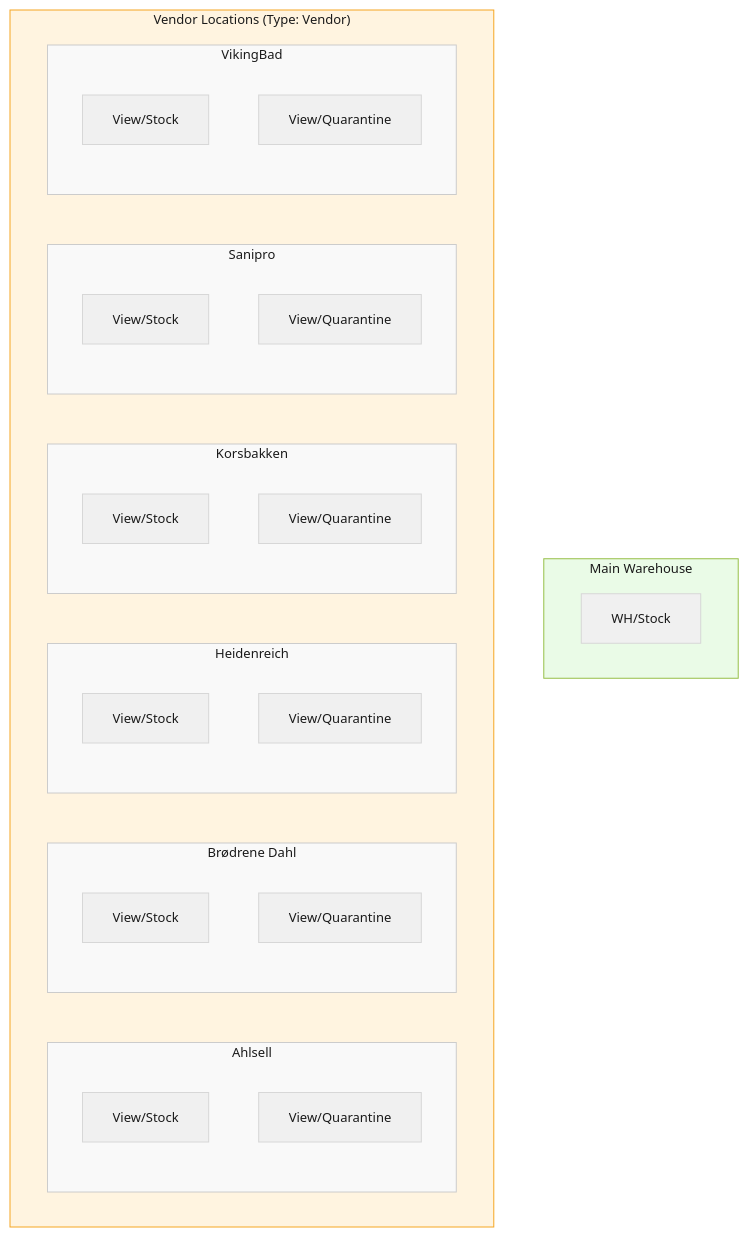
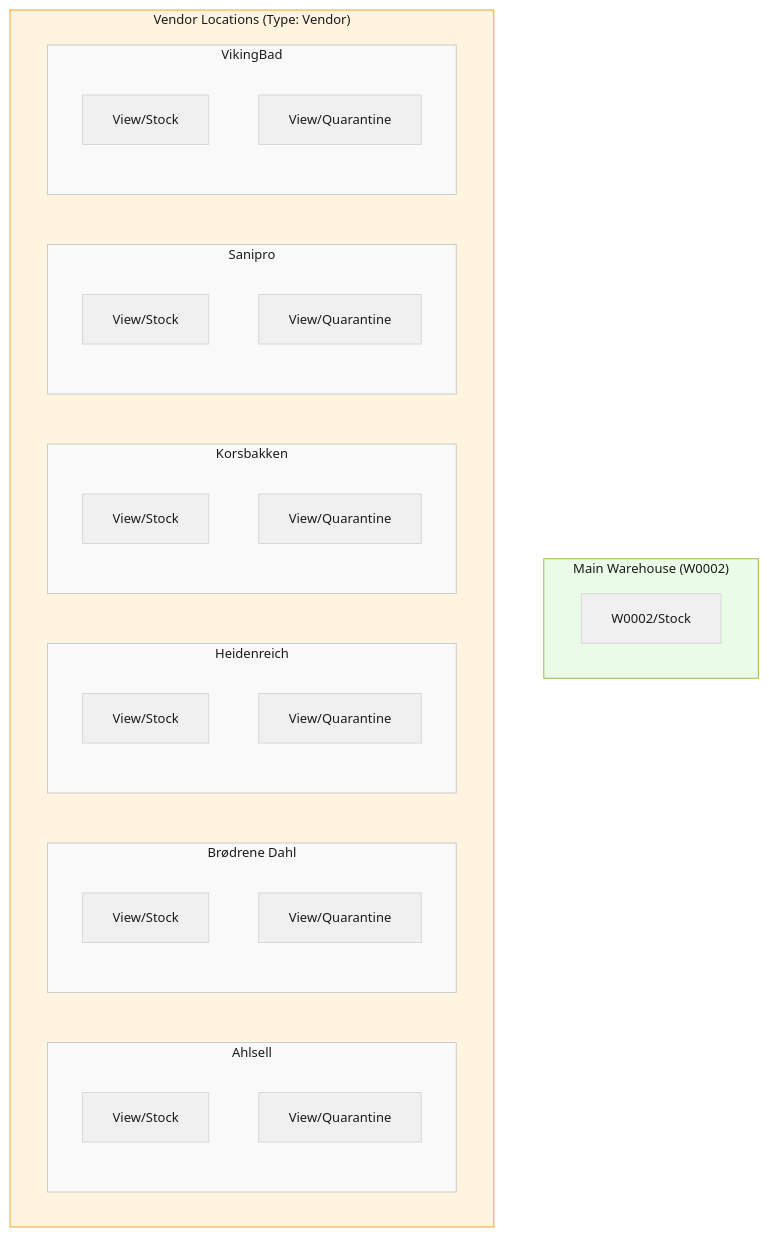
Before and after one commit to ozan-droid/documents: the fourth of 16 diagrams in shopify-sync-odoo-scenarios.md, drawn with Mermaid. The commit also changed other lines of this file, not shown here.

````diff
--- a/shopify-sync-odoo-scenarios.md
+++ b/shopify-sync-odoo-scenarios.md
@@ -163,43 +163,43 @@
 ```mermaid
 %%{init: {'theme': 'base', 'themeVariables': {'primaryColor': '#f0f0f0', 'primaryTextColor': '#1a1a1a', 'lineColor': '#555', 'textColor': '#1a1a1a', 'fontSize': '13px'}}}%%
 flowchart TB
-    subgraph WH ["Main Warehouse"]
-        WHS["WH/Stock"]
+    subgraph WH ["Main Warehouse (W0002)"]
+        WHS["W0002/Stock"]
     end
 
     subgraph VendorLocations ["Vendor Locations (Type: Vendor)"]
         subgraph Ahlsell ["Ahlsell"]
             AS["View/Stock"]
             AQ["View/Quarantine"]
         end
         subgraph Dahl ["Brødrene Dahl"]
             DS["View/Stock"]
             DQ["View/Quarantine"]
         end
         subgraph Heidenreich ["Heidenreich"]
             HS["View/Stock"]
             HQ["View/Quarantine"]
         end
         subgraph Korsbakken ["Korsbakken"]
             KS["View/Stock"]
             KQ["View/Quarantine"]
         end
         subgraph Sanipro ["Sanipro"]
             SS["View/Stock"]
             SQ["View/Quarantine"]
         end
         subgraph VikingBad ["VikingBad"]
             VS["View/Stock"]
             VQ["View/Quarantine"]
         end
     end
 
     style WH fill:#eafbe7,stroke:#96bf48,color:#1a1a1a
     style VendorLocations fill:#fff4e0,stroke:#f5a623,color:#1a1a1a
     style Ahlsell fill:#f9f9f9,stroke:#ccc,color:#1a1a1a
     style Dahl fill:#f9f9f9,stroke:#ccc,color:#1a1a1a
     style Heidenreich fill:#f9f9f9,stroke:#ccc,color:#1a1a1a
     style Korsbakken fill:#f9f9f9,stroke:#ccc,color:#1a1a1a
     style Sanipro fill:#f9f9f9,stroke:#ccc,color:#1a1a1a
     style VikingBad fill:#f9f9f9,stroke:#ccc,color:#1a1a1a
 ```
````
